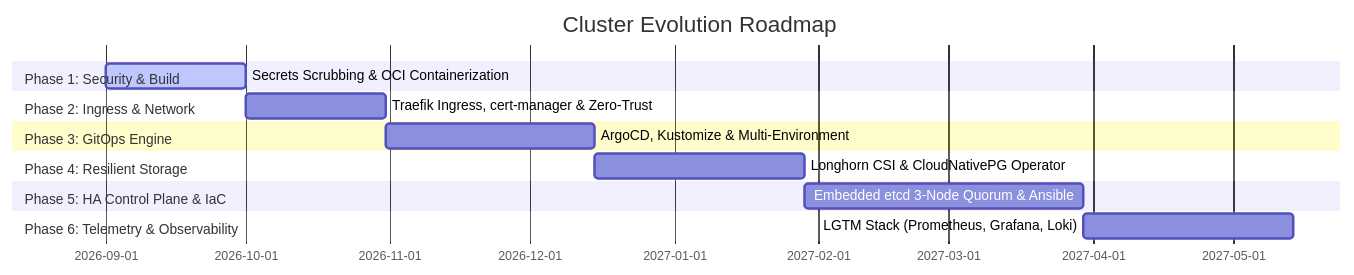
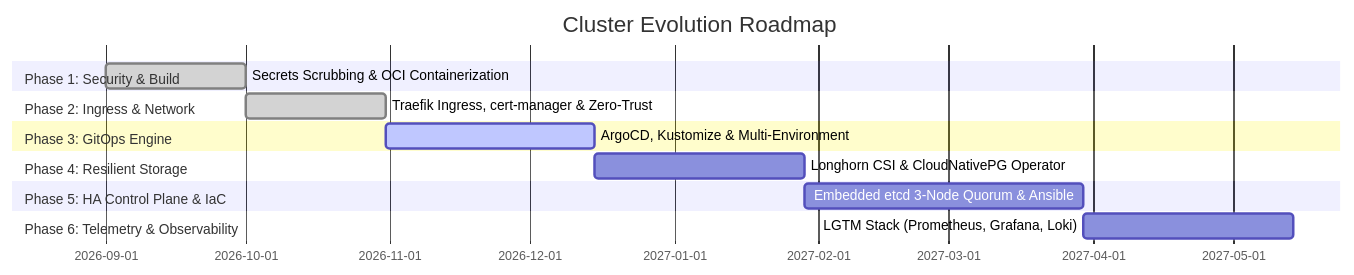
One commit to Ri4ards2006/full-stack-cluster changed the diagram in ROADMAP.md. Above: the diagram before and after it, drawn with Mermaid. The commit also changed other lines of this file and 3 other files, not shown here.

Commit message:
docs(roadmap): mark phase 2 milestones complete and add ingress runbook

````diff
--- a/ROADMAP.md
+++ b/ROADMAP.md
@@ -7,17 +7,17 @@
 ```mermaid
 gantt
     title Cluster Evolution Roadmap
     dateFormat  YYYY-MM-DD
     section Phase 1: Security & Build
-    Secrets Scrubbing & OCI Containerization :active, p1, 2026-09-01, 30d
+    Secrets Scrubbing & OCI Containerization :done, p1, 2026-09-01, 30d
     section Phase 2: Ingress & Network
-    Traefik Ingress, cert-manager & Zero-Trust :p2, after p1, 30d
+    Traefik Ingress, cert-manager & Zero-Trust :done, p2, after p1, 30d
     section Phase 3: GitOps Engine
-    ArgoCD, Kustomize & Multi-Environment   :p3, after p2, 45d
+    ArgoCD, Kustomize & Multi-Environment   :active, p3, after p2, 45d
     section Phase 4: Resilient Storage
     Longhorn CSI & CloudNativePG Operator    :p4, after p3, 45d
     section Phase 5: HA Control Plane & IaC
     Embedded etcd 3-Node Quorum & Ansible    :p5, after p4, 60d
     section Phase 6: Telemetry & Observability
     LGTM Stack (Prometheus, Grafana, Loki)   :p6, after p5, 45d
 ```
````
